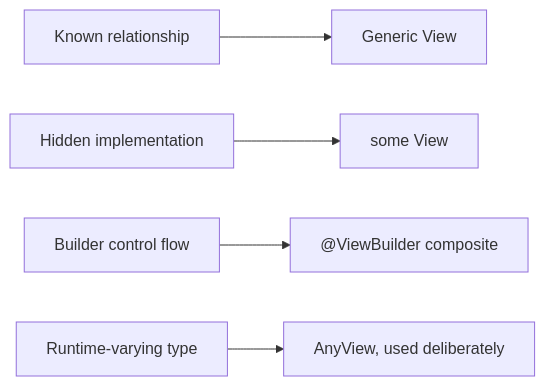
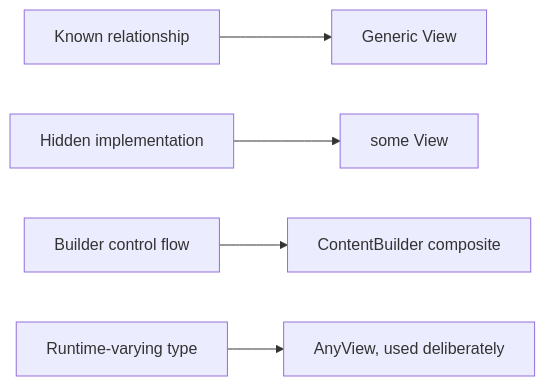
The diagram in docs/swiftui/view-system-and-rendering/composition-generics-and-type-erasure/theory.md (melancholygaze13/preparation-kit), drawn with Mermaid before and after one commit. The commit also changed other lines of this file and 189 other files, not shown here.

````diff
--- a/docs/swiftui/view-system-and-rendering/composition-generics-and-type-erasure/theory.md
+++ b/docs/swiftui/view-system-and-rendering/composition-generics-and-type-erasure/theory.md
@@ -31,7 +35,7 @@
 ```mermaid
 flowchart LR
     Known["Known relationship"] --> Generic["Generic View"]
     Hidden["Hidden implementation"] --> Opaque["some View"]
-    ControlFlow["Builder control flow"] --> Builder["@ViewBuilder composite"]
+    ControlFlow["Builder control flow"] --> Builder["ContentBuilder composite"]
     Runtime["Runtime-varying type"] --> Erasure["AnyView, used deliberately"]
 ```
````
